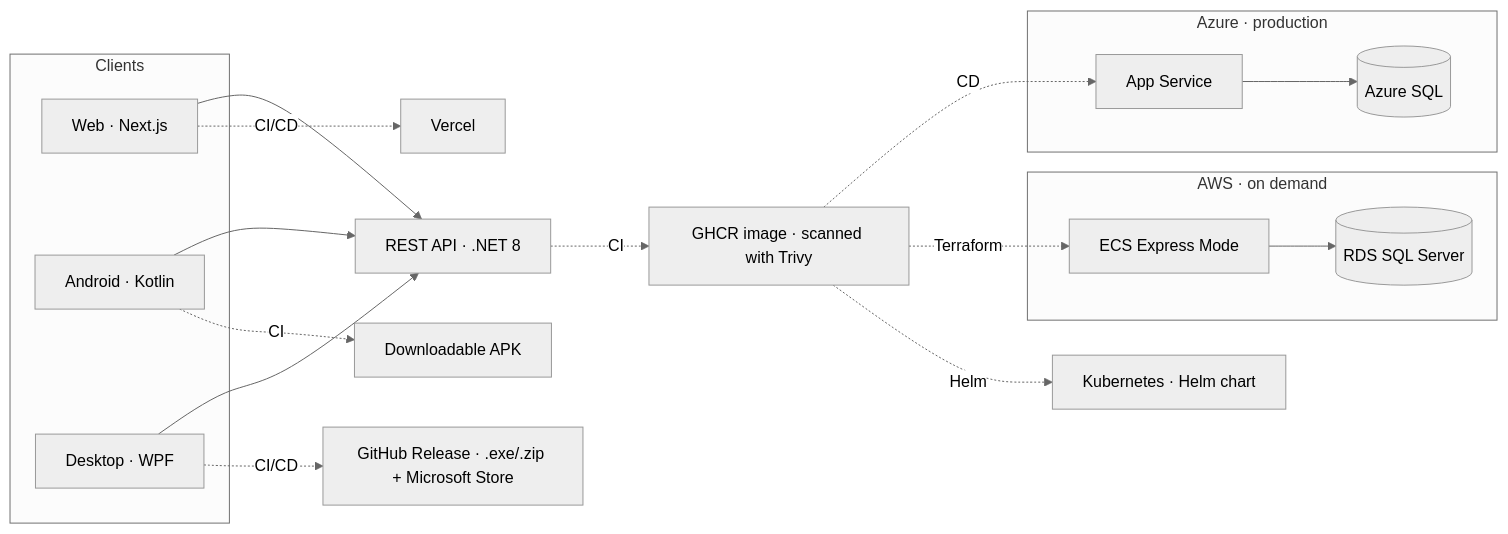
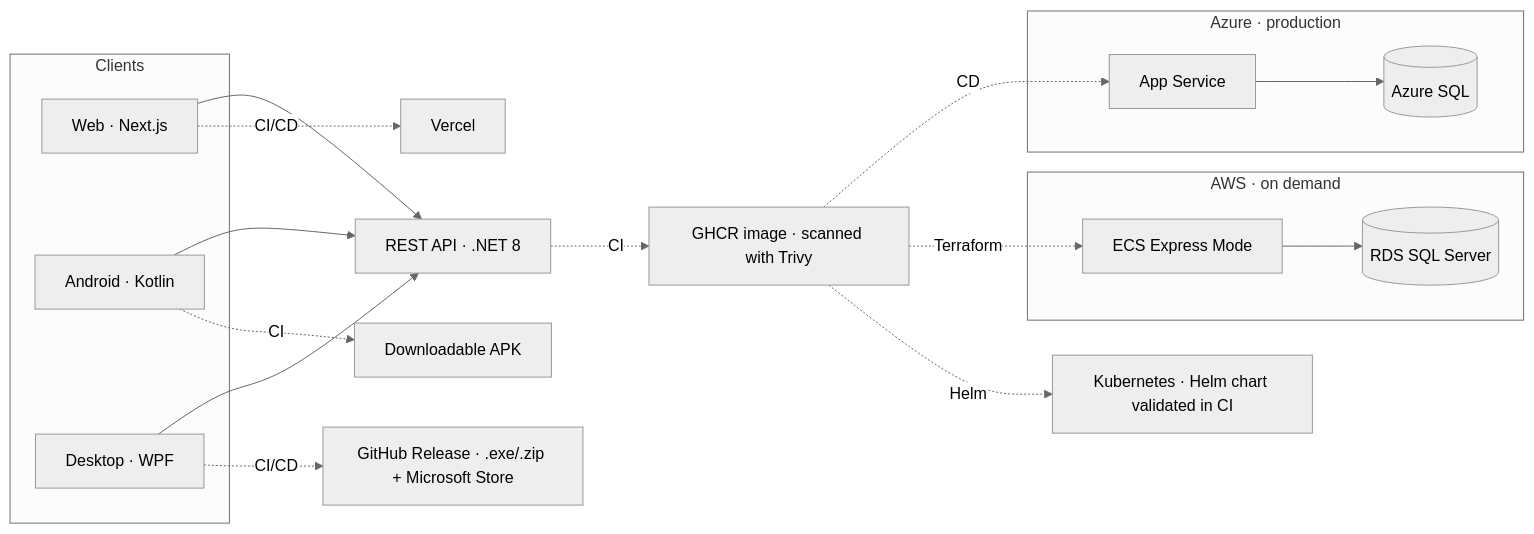
Before and after one commit to antonicr1986/antonicr1986: the first of 2 diagrams in README.md, drawn with Mermaid (neutral theme). The commit also changed other lines of this file, not shown here.

Commit message:
docs: describe Kubernetes as a CI-validated Helm chart, not a running cluster

````diff
--- a/README.md
+++ b/README.md
@@ -53,34 +53,34 @@
 ```mermaid
 flowchart LR
     subgraph Clients
         WEB[Web · Next.js]
         AND[Android · Kotlin]
         DESK[Desktop · WPF]
     end
 
     API[REST API · .NET 8]
 
     subgraph AZURE[Azure · production]
         AZ[App Service]
         DB[(Azure SQL)]
     end
 
     subgraph AWSC[AWS · on demand]
         ECS[ECS Express Mode]
         RDS[(RDS SQL Server)]
     end
 
     WEB --> API
     AND --> API
     DESK --> API
     AZ --> DB
     ECS --> RDS
 
     API -. CI .-> GHCR[GHCR image · scanned with Trivy]
     GHCR -. CD .-> AZ
     GHCR -. Terraform .-> ECS
     WEB -. CI/CD .-> VER[Vercel]
     AND -. CI .-> APK[Downloadable APK]
     DESK -. CI/CD .-> REL[GitHub Release · .exe/.zip + Microsoft Store]
-    GHCR -. Helm .-> K8S[Kubernetes · Helm chart]
+    GHCR -. Helm .-> K8S[Kubernetes · Helm chart validated in CI]
 ```
````
